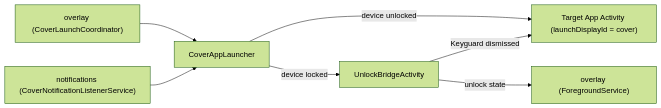
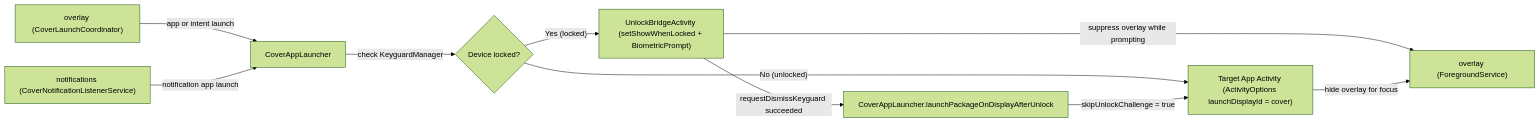
The diagram in app/src/main/java/com/tyejaedon/coverscreenos/ui/controllers/README.md (tyejaedon/Cover-Screen-OS), drawn with Mermaid (forest theme) before and after one commit. The commit also changed other lines of this file and 157 other files, not shown here.

````diff
--- a/app/src/main/java/com/tyejaedon/coverscreenos/ui/controllers/README.md
+++ b/app/src/main/java/com/tyejaedon/coverscreenos/ui/controllers/README.md
@@ -14,9 +66,12 @@
 ```mermaid
 flowchart LR
-    Coord["overlay (CoverLaunchCoordinator)"] --> Launcher["CoverAppLauncher"]
-    Notif["notifications (CoverNotificationListenerService)"] --> Launcher
-    Launcher -->|"device unlocked"| Target["Target App Activity (launchDisplayId = cover)"]
-    Launcher -->|"device locked"| Unlock["UnlockBridgeActivity"]
-    Unlock -->|"Keyguard dismissed"| Target
-    Unlock -->|"unlock state"| Overlay["overlay (ForegroundService)"]
+    Coord["overlay (CoverLaunchCoordinator)"] -->|"app or intent launch"| Launcher["CoverAppLauncher"]
+    Notif["notifications (CoverNotificationListenerService)"] -->|"notification app launch"| Launcher
+    Launcher -->|"check KeyguardManager"| LockCheck{"Device locked?"}
+    LockCheck -->|"No (unlocked)"| Target["Target App Activity (ActivityOptions launchDisplayId = cover)"]
+    LockCheck -->|"Yes (locked)"| Unlock["UnlockBridgeActivity (setShowWhenLocked + BiometricPrompt)"]
+    Unlock -->|"suppress overlay while prompting"| Overlay["overlay (ForegroundService)"]
+    Unlock -->|"requestDismissKeyguard succeeded"| Resume["CoverAppLauncher.launchPackageOnDisplayAfterUnlock"]
+    Resume -->|"skipUnlockChallenge = true"| Target
+    Target -->|"hide overlay for focus"| Overlay
 ```
````
